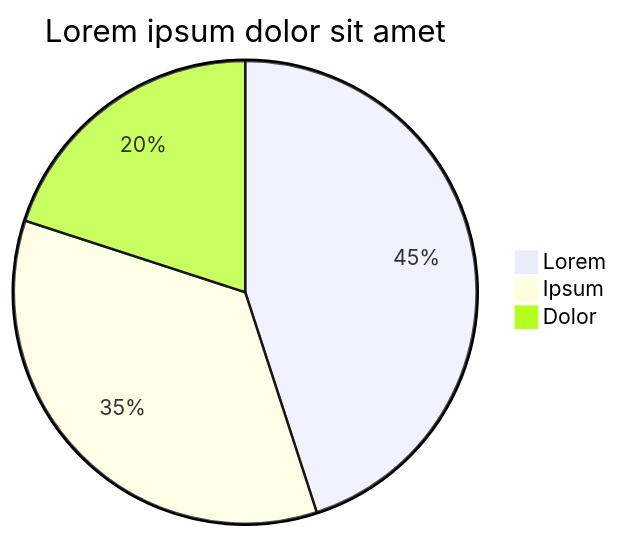
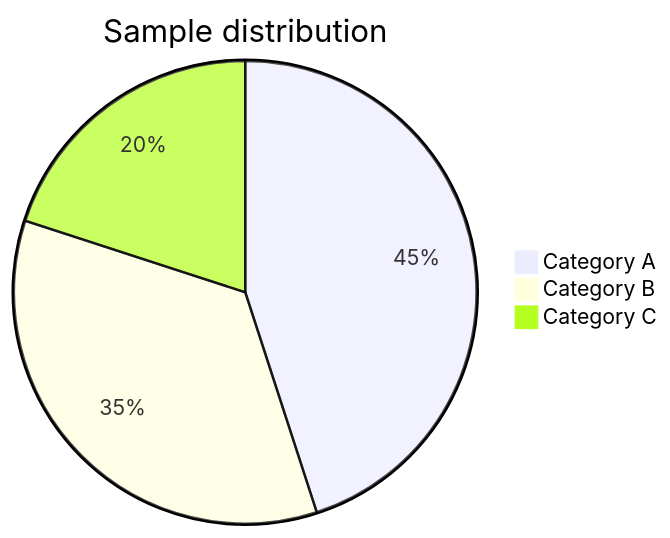
One commit to ShyAssassin/assassin.dev changed the fourth of 6 diagrams in src/lib/posts/000-markdown-test/index.md. Above: the diagram before and after it, drawn with Mermaid. The commit also changed other lines of this file, not shown here.

````diff
--- a/src/lib/posts/000-markdown-test/index.md
+++ b/src/lib/posts/000-markdown-test/index.md
@@ -115,6 +162,6 @@
 ```mermaid
-pie title Lorem ipsum dolor sit amet
-    "Lorem" : 45
-    "Ipsum" : 35
-    "Dolor" : 20
+pie title Sample distribution
+    "Category A" : 45
+    "Category B" : 35
+    "Category C" : 20
 ```
````
